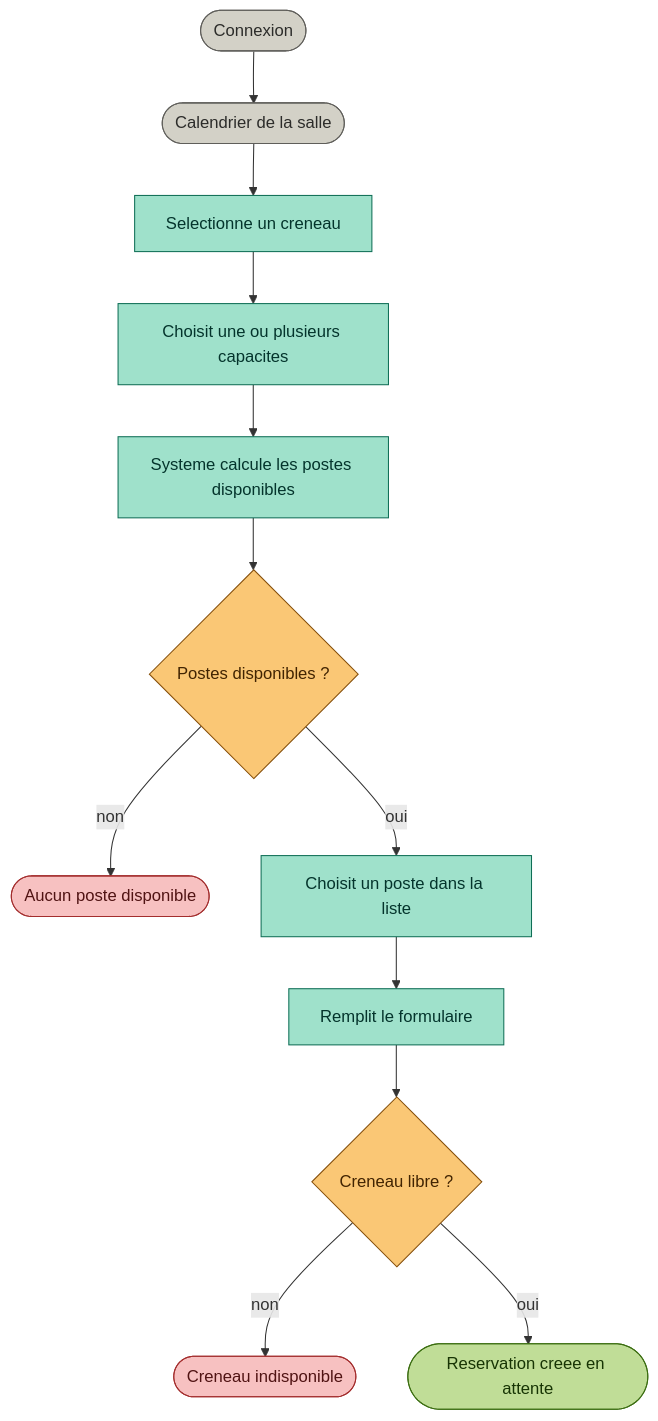
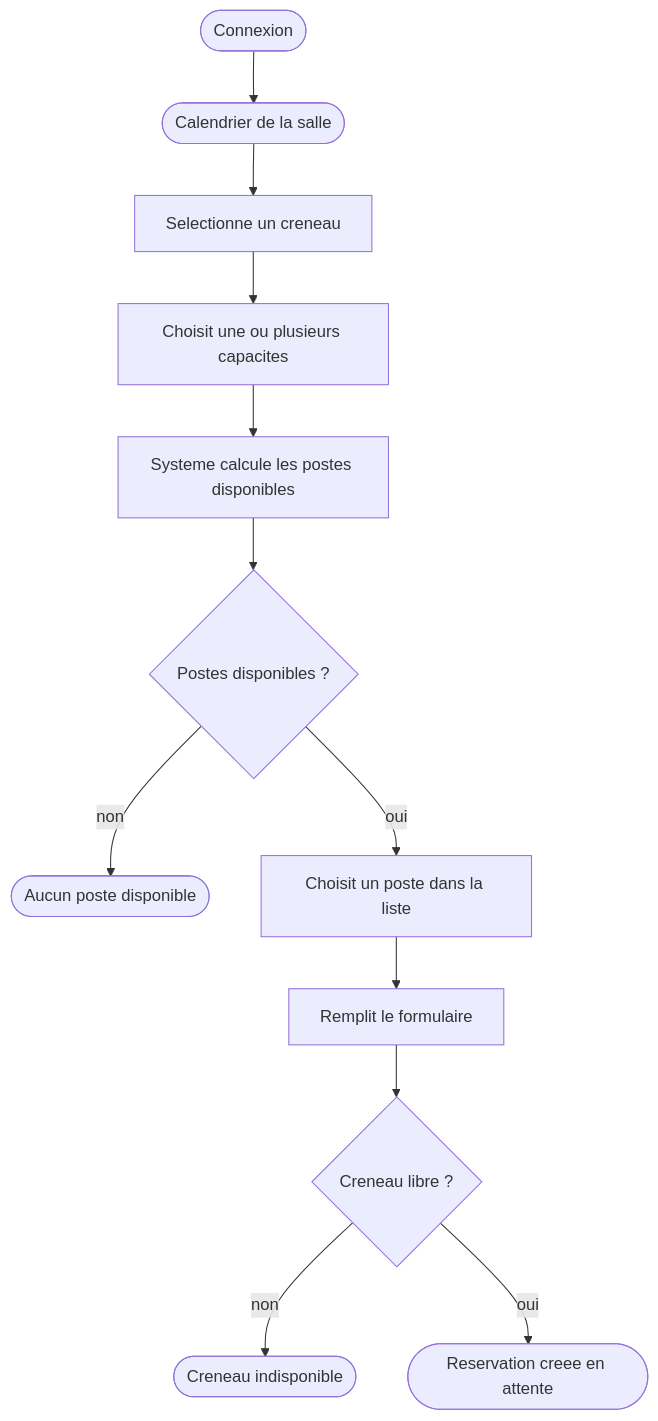
The first of 3 diagrams in resources/docs/index.md (nawak88/module_resa), drawn with Mermaid before and after one commit. The commit also changed other lines of this file and 30 other files, not shown here.

````diff
--- a/resources/docs/index.md
+++ b/resources/docs/index.md
@@ -52,27 +82,14 @@
 ```mermaid
 flowchart TD
     A(["Connexion"]) --> B(["Calendrier de la salle"])
     B --> C["Selectionne un creneau"]
     C --> D["Choisit une ou plusieurs capacites"]
     D --> E["Systeme calcule les postes disponibles"]
     E --> F{"Postes disponibles ?"}
     F -- "non" --> G(["Aucun poste disponible"])
     F -- "oui" --> H["Choisit un poste dans la liste"]
     H --> I["Remplit le formulaire"]
     I --> J{"Creneau libre ?"}
     J -- "non" --> K(["Creneau indisponible"])
     J -- "oui" --> L(["Reservation creee en attente"])
-
-    style A fill:#D3D1C7,stroke:#5F5E5A,color:#2C2C2A
-    style B fill:#D3D1C7,stroke:#5F5E5A,color:#2C2C2A
-    style C fill:#9FE1CB,stroke:#0F6E56,color:#04342C
-    style D fill:#9FE1CB,stroke:#0F6E56,color:#04342C
-    style E fill:#9FE1CB,stroke:#0F6E56,color:#04342C
-    style F fill:#FAC775,stroke:#854F0B,color:#412402
-    style G fill:#F7C1C1,stroke:#A32D2D,color:#501313
-    style H fill:#9FE1CB,stroke:#0F6E56,color:#04342C
-    style I fill:#9FE1CB,stroke:#0F6E56,color:#04342C
-    style J fill:#FAC775,stroke:#854F0B,color:#412402
-    style K fill:#F7C1C1,stroke:#A32D2D,color:#501313
-    style L fill:#C0DD97,stroke:#3B6D11,color:#173404
 ```
````
